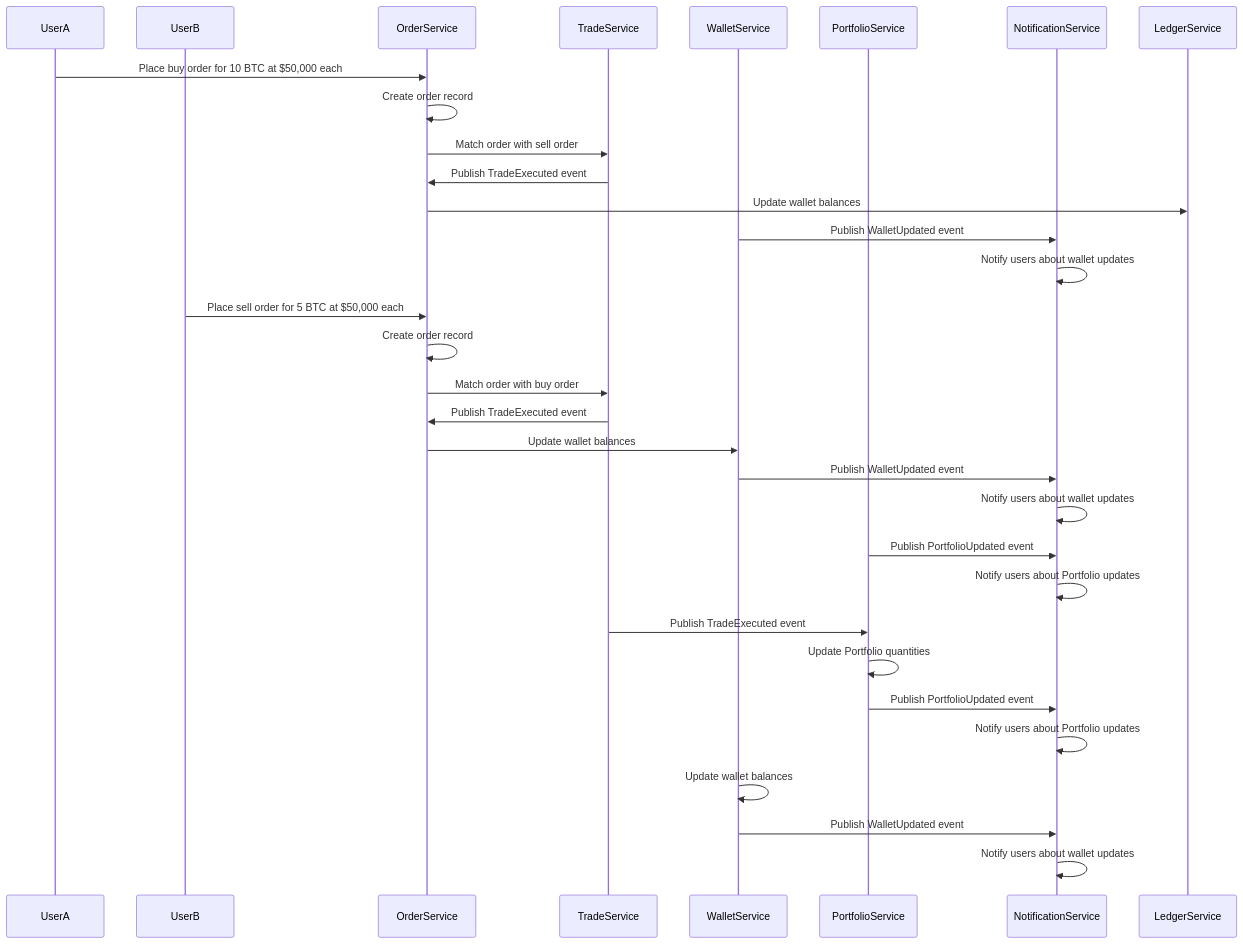
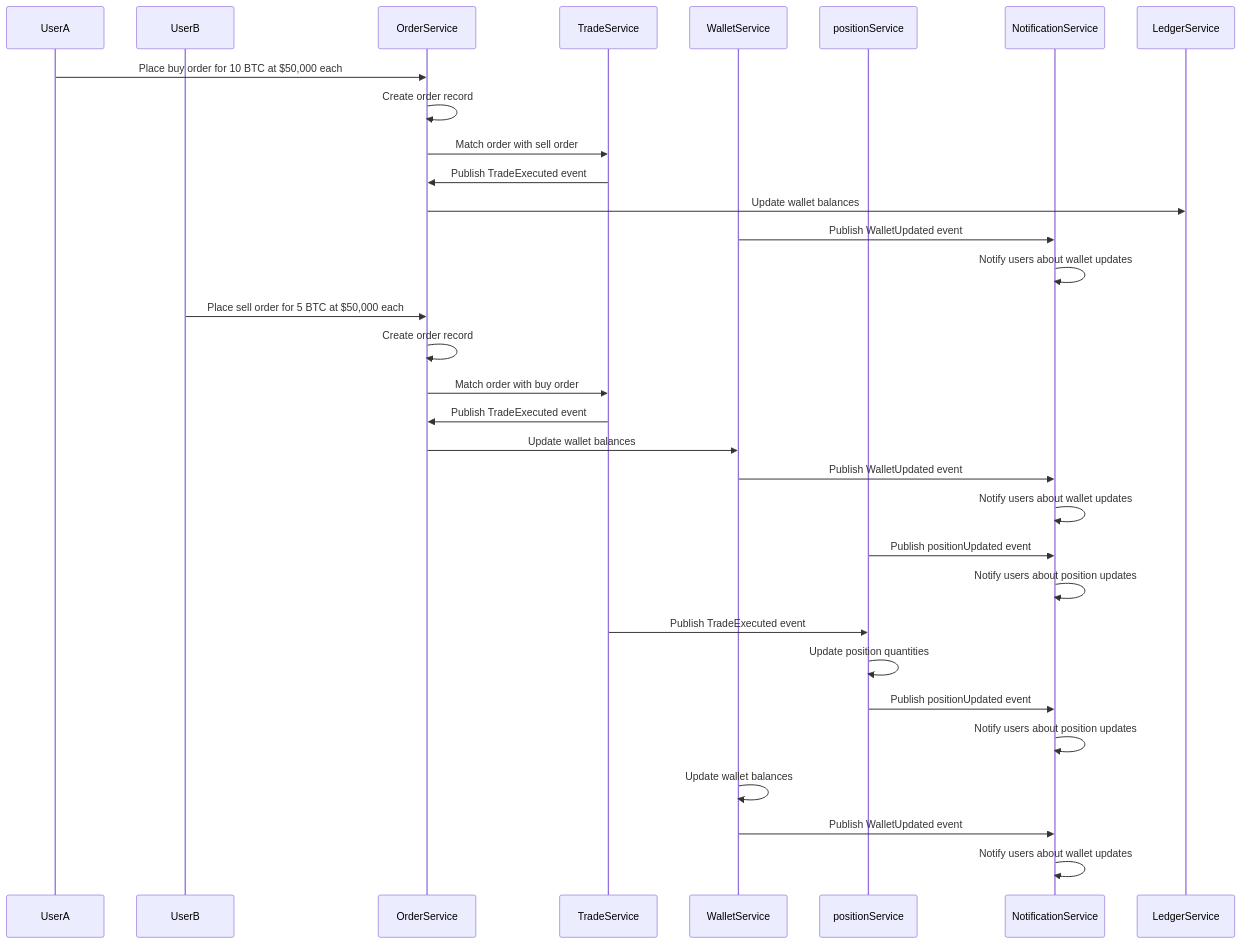
One commit to chicheongweng/bxn-exchange-design changed the diagram in README.md. Above: the diagram before and after it, drawn with Mermaid. The commit also changed other lines of this file, not shown here.

````diff
--- a/README.md
+++ b/README.md
@@ -198,39 +198,39 @@
 ```mermaid
 sequenceDiagram
     participant UserA
     participant UserB
     participant OrderService
     participant TradeService
     participant WalletService
-    participant PortfolioService
+    participant positionService
     participant NotificationService
 
     UserA->>OrderService: Place buy order for 10 BTC at $50,000 each
     OrderService->>OrderService: Create order record
     OrderService->>TradeService: Match order with sell order
     TradeService->>OrderService: Publish TradeExecuted event
     OrderService->>LedgerService: Update wallet balances
     WalletService->>NotificationService: Publish WalletUpdated event
     NotificationService->>NotificationService: Notify users about wallet updates
 
     UserB->>OrderService: Place sell order for 5 BTC at $50,000 each
     OrderService->>OrderService: Create order record
     OrderService->>TradeService: Match order with buy order
     TradeService->>OrderService: Publish TradeExecuted event
     OrderService->>WalletService: Update wallet balances
     WalletService->>NotificationService: Publish WalletUpdated event
     NotificationService->>NotificationService: Notify users about wallet updates
 
-    PortfolioService->>NotificationService: Publish PortfolioUpdated event
-    NotificationService->>NotificationService: Notify users about Portfolio updates
+    positionService->>NotificationService: Publish positionUpdated event
+    NotificationService->>NotificationService: Notify users about position updates
 
-    TradeService->>PortfolioService: Publish TradeExecuted event
-    PortfolioService->>PortfolioService: Update Portfolio quantities
-    PortfolioService->>NotificationService: Publish PortfolioUpdated event
-    NotificationService->>NotificationService: Notify users about Portfolio updates
+    TradeService->>positionService: Publish TradeExecuted event
+    positionService->>positionService: Update position quantities
+    positionService->>NotificationService: Publish positionUpdated event
+    NotificationService->>NotificationService: Notify users about position updates
 
     WalletService->>WalletService: Update wallet balances
     WalletService->>NotificationService: Publish WalletUpdated event
     NotificationService->>NotificationService: Notify users about wallet updates
 
 ```
````
